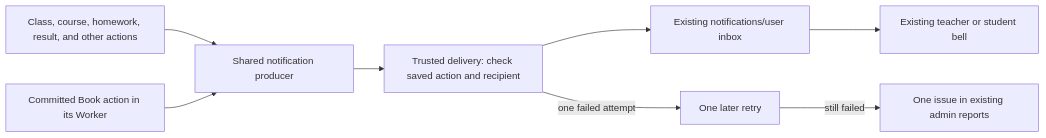
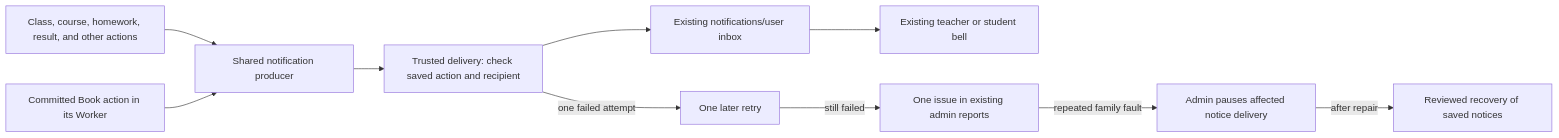
Before and after one commit to iamhuwng/autoresync: the diagram in documentation/tasks/notification-system-recovery-plan.md, drawn with Mermaid. The commit also changed other lines of this file, not shown here.

````diff
--- a/documentation/tasks/notification-system-recovery-plan.md
+++ b/documentation/tasks/notification-system-recovery-plan.md
@@ -117,10 +104,12 @@
 ```mermaid
 flowchart LR
   A[Class, course, homework, result, and other actions] --> P[Shared notification producer]
   B[Committed Book action in its Worker] --> P
   P --> D[Trusted delivery: check saved action and recipient]
   D --> I[Existing notifications/user inbox]
   I --> U[Existing teacher or student bell]
   D -->|one failed attempt| R[One later retry]
   R -->|still failed| M[One issue in existing admin reports]
+  M -->|repeated family fault| G[Admin pauses affected notice delivery]
+  G -->|after repair| H[Reviewed recovery of saved notices]
 ```
````
